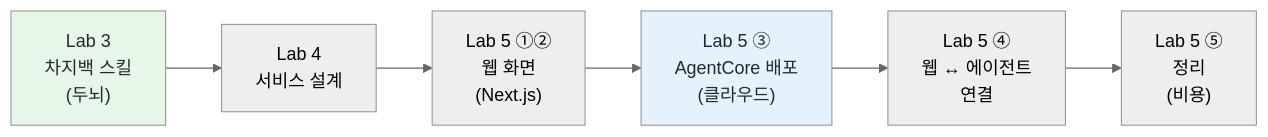
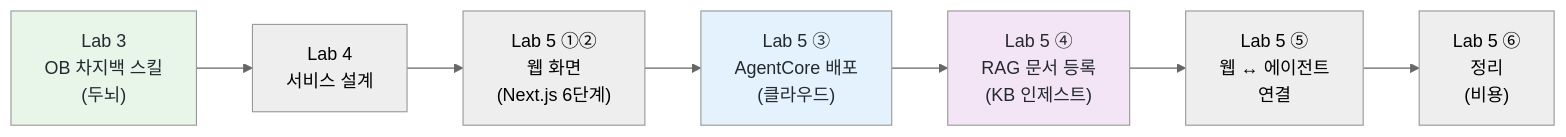
The second of 2 diagrams in workshop/labs/05-frontend-and-agentcore.md (Atom-oh/claude-code-workshop), drawn with Mermaid (neutral theme) before and after one commit. The commit also changed other lines of this file and 19 other files, not shown here.

````diff
--- a/workshop/labs/05-frontend-and-agentcore.md
+++ b/workshop/labs/05-frontend-and-agentcore.md
@@ -458,10 +574,12 @@
 ```mermaid
 graph LR
-    S1["Lab 3<br/>차지백 스킬<br/>(두뇌)"] --> S2["Lab 4<br/>서비스 설계"]
-    S2 --> S3["Lab 5 ①②<br/>웹 화면<br/>(Next.js)"]
+    S1["Lab 3<br/>OB 차지백 스킬<br/>(두뇌)"] --> S2["Lab 4<br/>서비스 설계"]
+    S2 --> S3["Lab 5 ①②<br/>웹 화면<br/>(Next.js 6단계)"]
     S3 --> S4["Lab 5 ③<br/>AgentCore 배포<br/>(클라우드)"]
-    S4 --> S5["Lab 5 ④<br/>웹 ↔ 에이전트<br/>연결"]
-    S5 --> S6["Lab 5 ⑤<br/>정리<br/>(비용)"]
+    S4 --> S4b["Lab 5 ④<br/>RAG 문서 등록<br/>(KB 인제스트)"]
+    S4b --> S5["Lab 5 ⑤<br/>웹 ↔ 에이전트<br/>연결"]
+    S5 --> S6["Lab 5 ⑥<br/>정리<br/>(비용)"]
     style S1 fill:#e8f5e9,color:#24292f
     style S4 fill:#e3f2fd,color:#24292f
+    style S4b fill:#f3e5f5,color:#24292f
 ```
````
